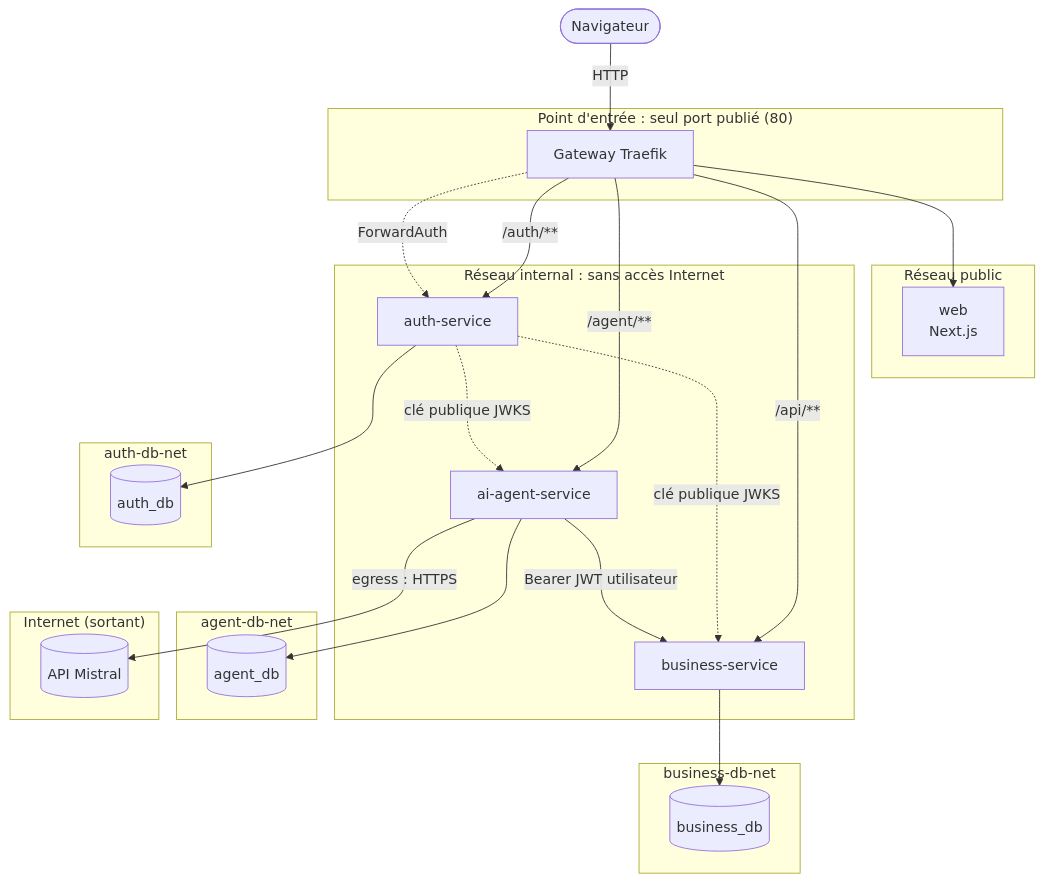
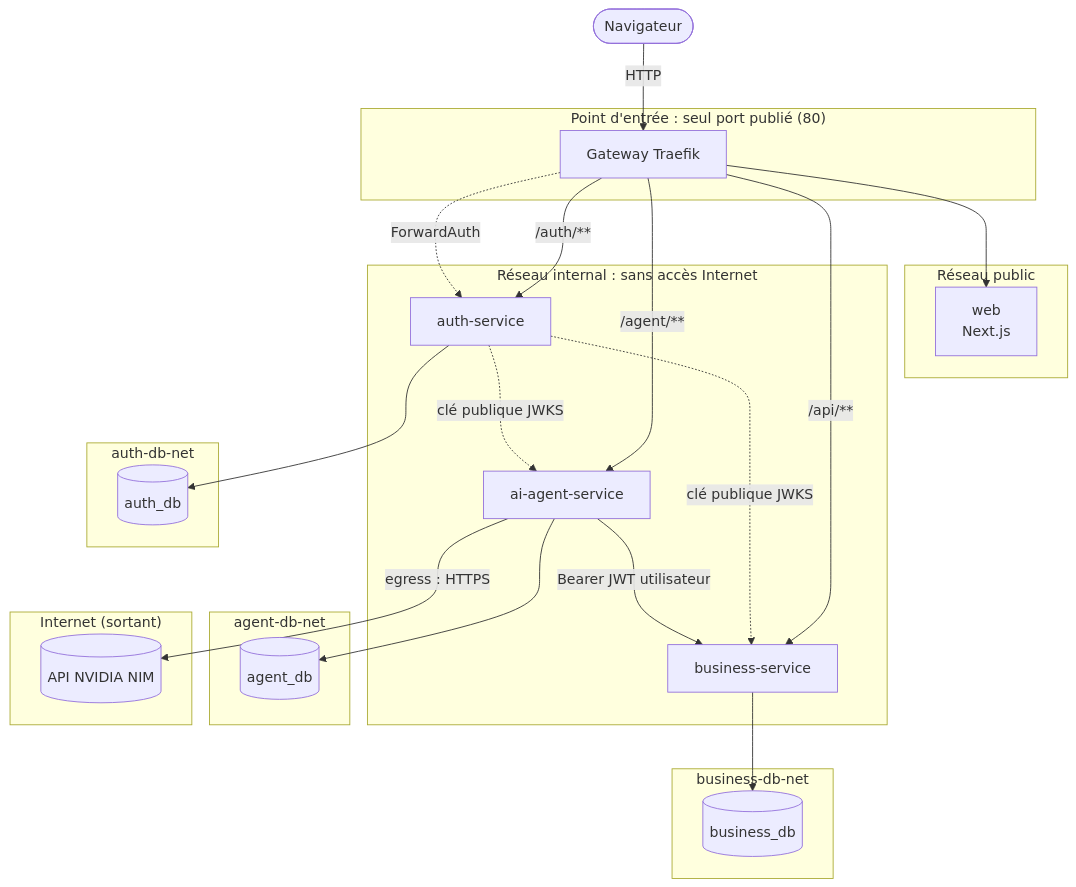
One commit to fraustiz/microservices-hub changed the diagram in docs/architecture.md. Above: the diagram before and after it, drawn with Mermaid. The commit also changed other lines of this file and 74 other files, not shown here.

````diff
--- a/docs/architecture.md
+++ b/docs/architecture.md
@@ -7,46 +7,46 @@
 ```mermaid
 flowchart TB
   U([Navigateur])
 
   subgraph edge ["Point d'entrée : seul port publié (80)"]
     GW[Gateway Traefik]
   end
 
   subgraph public ["Réseau public"]
     WEB[web<br/>Next.js]
   end
 
   subgraph internal ["Réseau internal : sans accès Internet"]
     AUTH[auth-service]
     AGENT[ai-agent-service]
     BIZ[business-service]
   end
 
   subgraph authnet ["auth-db-net"]
     ADB[(auth_db)]
   end
   subgraph agentnet ["agent-db-net"]
     GDB[(agent_db)]
   end
   subgraph biznet ["business-db-net"]
     BDB[(business_db)]
   end
 
   subgraph ext ["Internet (sortant)"]
-    M[(API Mistral)]
+    M[(API NVIDIA NIM)]
   end
 
   U -->|HTTP| GW
   GW --> WEB
   GW -->|/auth/**| AUTH
   GW -.->|ForwardAuth| AUTH
   GW -->|/agent/**| AGENT
   GW -->|/api/**| BIZ
   AUTH -.->|clé publique JWKS| AGENT
   AUTH -.->|clé publique JWKS| BIZ
   AGENT -->|Bearer JWT utilisateur| BIZ
   AUTH --> ADB
   AGENT --> GDB
   BIZ --> BDB
   AGENT -->|egress : HTTPS| M
 ```
````
